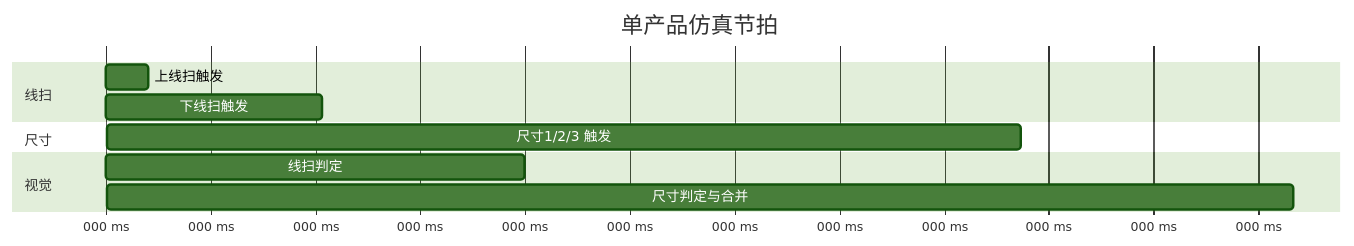
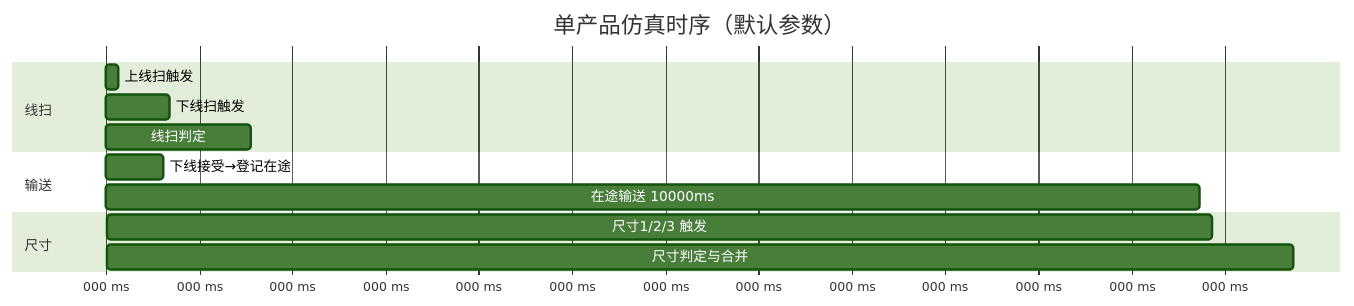
The sixth of 6 diagrams in docs/五金模切_帧队列与PLC发布设计.md (HowieKwok/die-cutter), drawn with Mermaid (forest theme) before and after one commit. The commit also changed other lines of this file, not shown here.

````diff
--- a/docs/五金模切_帧队列与PLC发布设计.md
+++ b/docs/五金模切_帧队列与PLC发布设计.md
@@ -407,14 +582,16 @@
 ```mermaid
 gantt
-    title 单产品仿真节拍
+    title 单产品仿真时序（默认参数）
     dateFormat X
     axisFormat %L ms
     section 线扫
-    上线扫触发      :a1, 0, 120
-    下线扫触发      :a2, 500, 620
+    上线扫触发         :a1, 0, 120
+    下线扫触发         :a2, 500, 620
+    线扫判定           :c1, 620, 1400
+    section 输送
+    下线接受→登记在途   :b1, 510, 560
+    在途输送 10000ms    :b2, 560, 10560
     section 尺寸
-    尺寸1/2/3 触发  :b1, 2500, 2620
-    section 视觉
-    线扫判定        :c1, 620, 1200
-    尺寸判定与合并  :c2, 2620, 3400
+    尺寸1/2/3 触发      :b3, 10560, 10680
+    尺寸判定与合并       :c2, 10680, 11460
 ```
````
